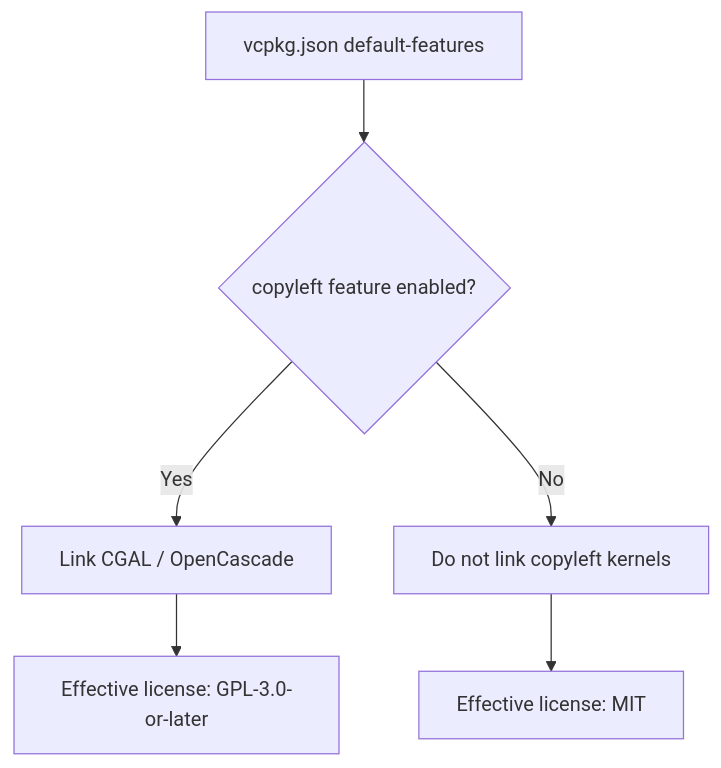
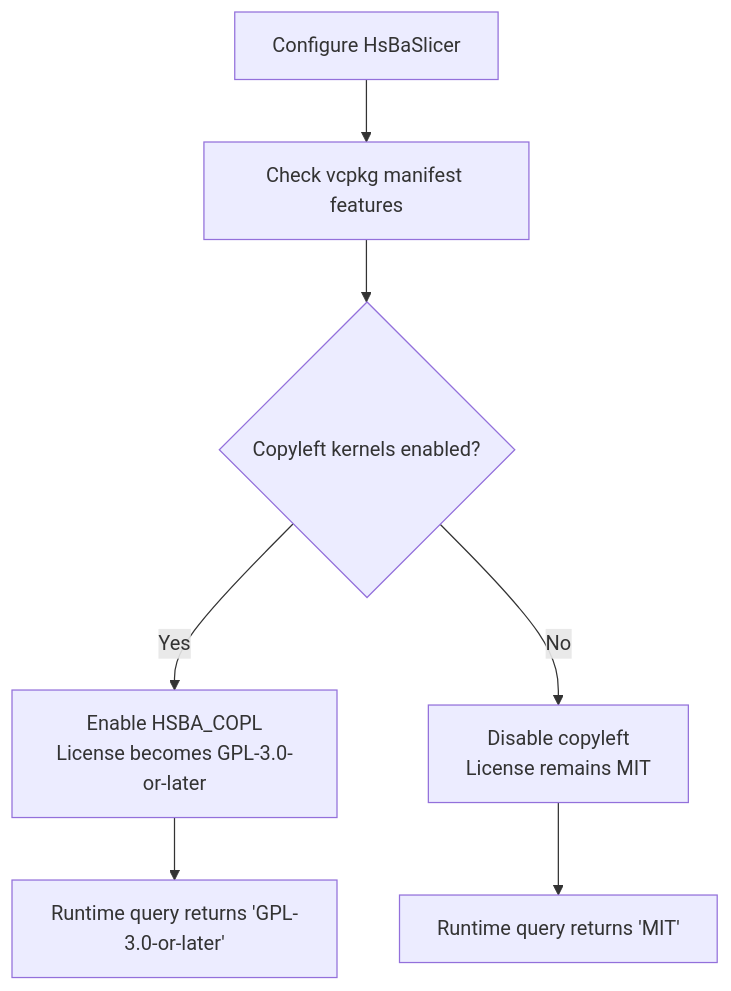
The second of 2 diagrams in .qoder/repowiki/en/content/Overview & Getting Started.md (hsmbanlance/HsBaSlicer), drawn with Mermaid before and after one commit. The commit also changed other lines of this file and 1095 other files, not shown here.

````diff
--- a/.qoder/repowiki/en/content/Overview & Getting Started.md
+++ b/.qoder/repowiki/en/content/Overview & Getting Started.md
@@ -274,8 +262,9 @@
 ```mermaid
 flowchart TD
-Vcpkg["vcpkg.json default-features"] --> CopyleftFeature{"copyleft feature enabled?"}
-CopyleftFeature --> |Yes| Kernels["Link CGAL / OpenCascade"]
-CopyleftFeature --> |No| NoKernels["Do not link copyleft kernels"]
-Kernels --> GPL["Effective license: GPL-3.0-or-later"]
-NoKernels --> MIT["Effective license: MIT"]
+Start["Configure HsBaSlicer"] --> CheckVcpkg["Check vcpkg manifest features"]
+CheckVcpkg --> DetectCopyleft{"Copyleft kernels enabled?"}
+DetectCopyleft --> |Yes| EnableCopyleft["Enable HSBA_COPL<br/>License becomes GPL-3.0-or-later"]
+DetectCopyleft --> |No| DisableCopyleft["Disable copyleft<br/>License remains MIT"]
+EnableCopyleft --> RuntimeQuery["Runtime query returns 'GPL-3.0-or-later'"]
+DisableCopyleft --> RuntimeQueryMIT["Runtime query returns 'MIT'"]
 ```
````
